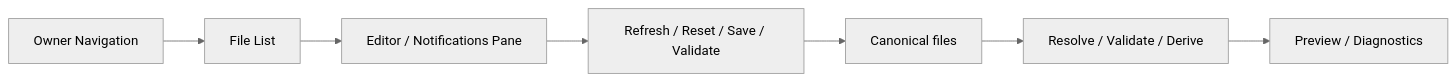
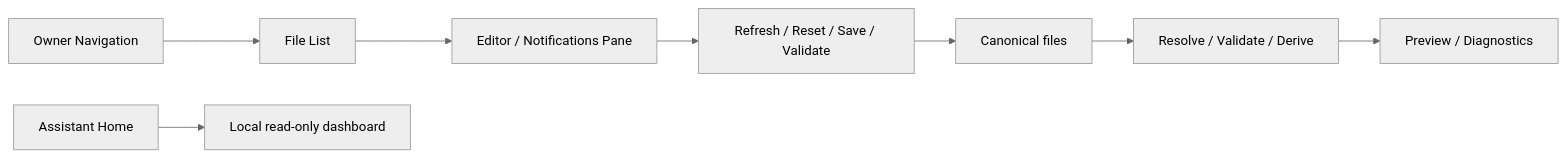
Before and after one commit to SungYongMOON/soulforge: the diagram in docs/architecture/ui/UI_CONTROL_CENTER_MODEL.md, drawn with Mermaid (neutral theme). The commit also changed other lines of this file and 20 other files, not shown here.

````diff
--- a/docs/architecture/ui/UI_CONTROL_CENTER_MODEL.md
+++ b/docs/architecture/ui/UI_CONTROL_CENTER_MODEL.md
@@ -19,9 +19,10 @@
 ```mermaid
 flowchart LR
   NAV["Owner Navigation"] --> FILES["File List"]
   FILES --> EDITOR["Editor / Notifications Pane"]
+  DASH["Assistant Home"] --> STATE["Local read-only dashboard"]
   EDITOR --> ACTIONS["Refresh / Reset / Save / Validate"]
   ACTIONS --> SRC["Canonical files"]
   SRC --> DERIVE["Resolve / Validate / Derive"]
   DERIVE --> PREVIEW["Preview / Diagnostics"]
 ```
````
